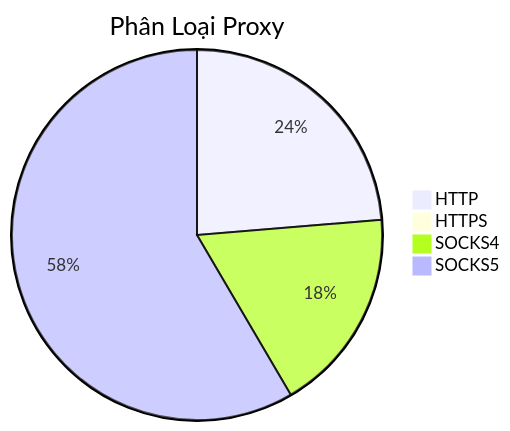
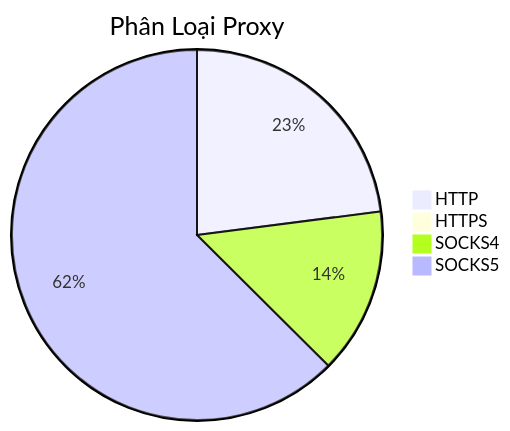
The diagram in README.md (Ciara-Aa/PROXY-free), drawn with Mermaid before and after one commit. The commit also changed other lines of this file and 4 other files, not shown here.

````diff
--- a/README.md
+++ b/README.md
@@ -26,7 +26,7 @@
 ```mermaid
 pie title Phân Loại Proxy
-    "HTTP" : 394
-    "HTTPS" : 6
-    "SOCKS4" : 297
-    "SOCKS5" : 972
+    "HTTP" : 347
+    "HTTPS" : 4
+    "SOCKS4" : 219
+    "SOCKS5" : 945
 ```
````
